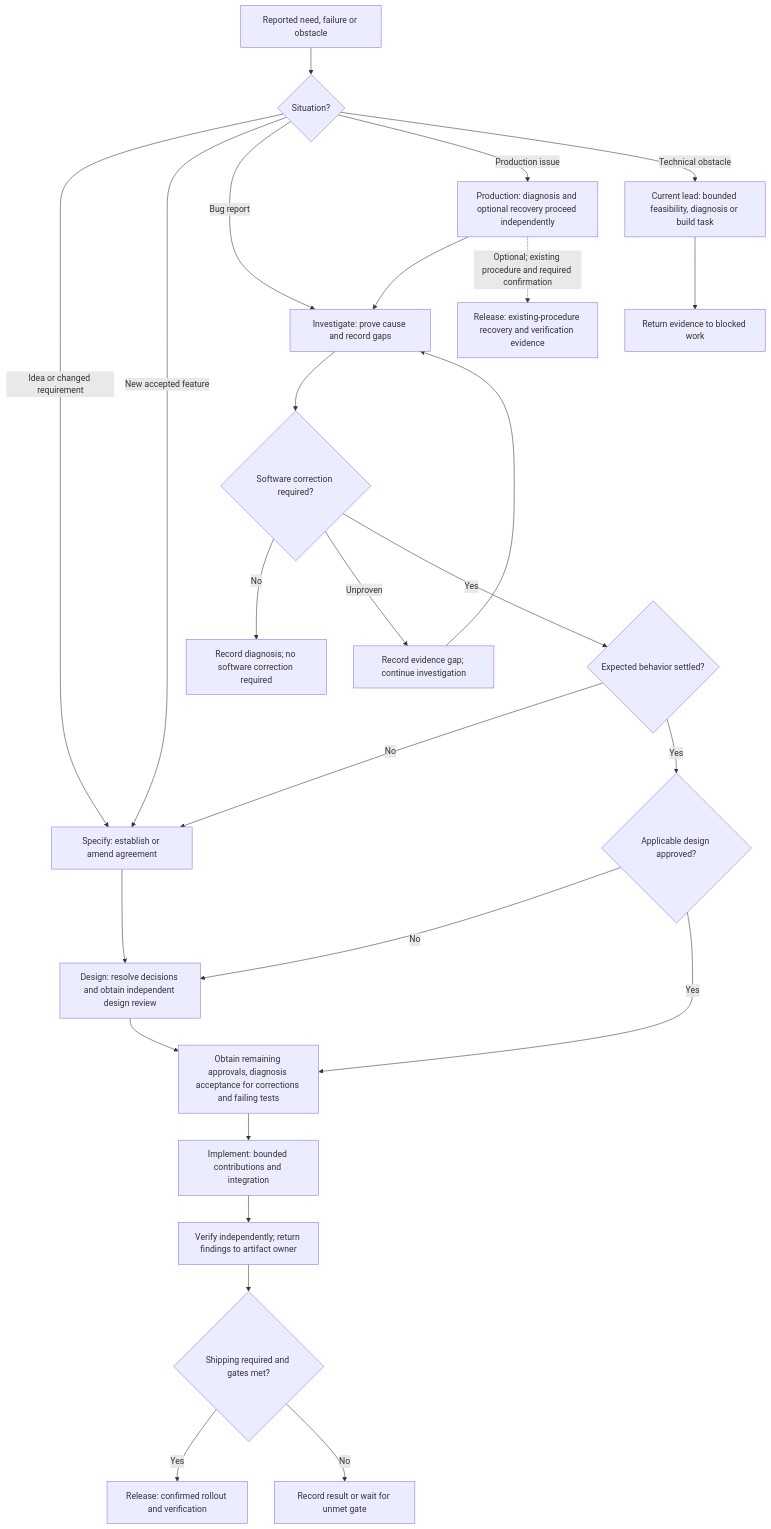
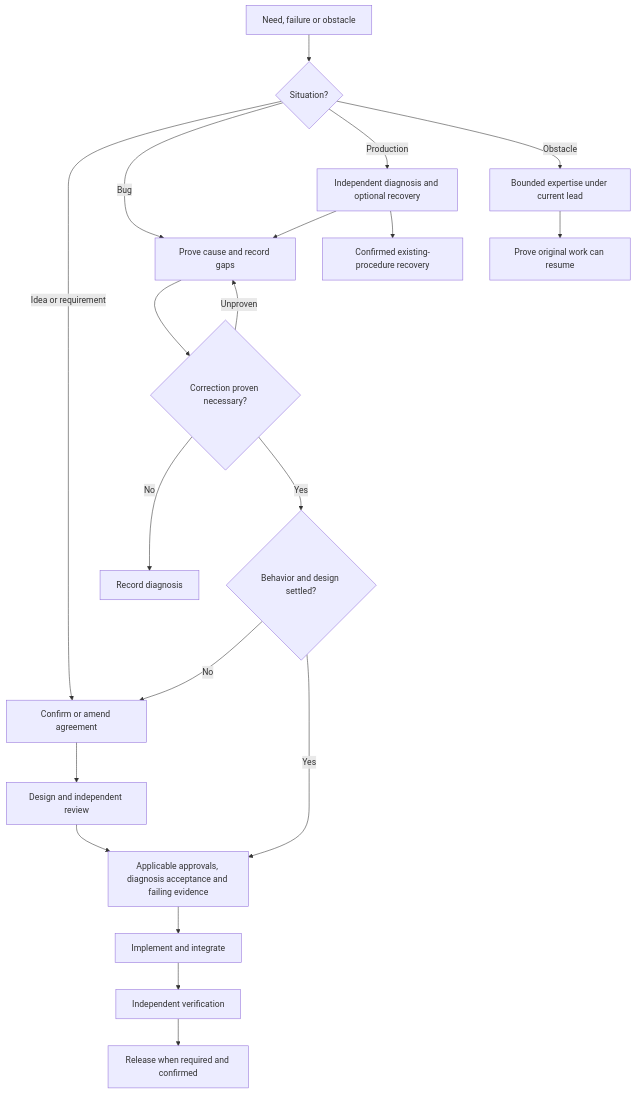
Before and after one commit to RLittlesII/agents: the second of 3 diagrams in agents/.spec/README.md, drawn with Mermaid. The commit also changed other lines of this file and 34 other files, not shown here.

````diff
--- a/agents/.spec/README.md
+++ b/agents/.spec/README.md
@@ -489,28 +365,22 @@
 ```mermaid
 flowchart TD
-    Start["Reported need, failure or obstacle"] --> Kind{"Situation?"}
-    Kind -->|"Idea or changed requirement"| Specify["Specify: establish or amend agreement"]
-    Kind -->|"New accepted feature"| Specify
-    Kind -->|"Bug report"| Investigate["Investigate: prove cause and record gaps"]
-    Kind -->|"Production issue"| Production["Production: diagnosis and optional recovery proceed independently"]
-    Production --> Investigate
-    Production -.->|"Optional; existing procedure and required confirmation"| Recovery["Release: existing-procedure recovery and verification evidence"]
-    Kind -->|"Technical obstacle"| Obstacle["Current lead: bounded feasibility, diagnosis or build task"]
-    Specify --> Design["Design: resolve decisions and obtain independent design review"]
-    Obstacle --> Resume["Return evidence to blocked work"]
-    Investigate --> Need{"Software correction required?"}
-    Need -->|"No"| NoCorrection["Record diagnosis; no software correction required"]
-    Need -->|"Unproven"| Gap["Record evidence gap; continue investigation"]
-    Gap --> Investigate
-    Need -->|"Yes"| Agreement{"Expected behavior settled?"}
-    Agreement -->|"No"| Specify
-    Agreement -->|"Yes"| Approval{"Applicable design approved?"}
-    Approval -->|"No"| Design
-    Approval -->|"Yes"| Prerequisites["Obtain remaining approvals, diagnosis acceptance for corrections and failing tests"]
-    Design --> Prerequisites
-    Prerequisites --> Implement["Implement: bounded contributions and integration"]
-    Implement --> Verify["Verify independently; return findings to artifact owner"]
-    Verify --> Ship{"Shipping required and gates met?"}
-    Ship -->|"Yes"| Release["Release: confirmed rollout and verification"]
-    Ship -->|"No"| Hold["Record result or wait for unmet gate"]
+  Ask[Need, failure or obstacle] --> Kind{Situation?}
+  Kind -->|Idea or requirement| Agreement[Confirm or amend agreement]
+  Kind -->|Bug| Investigate[Prove cause and record gaps]
+  Kind -->|Production| Production[Independent diagnosis and optional recovery]
+  Production --> Investigate
+  Production --> Recovery[Confirmed existing-procedure recovery]
+  Kind -->|Obstacle| Bound[Bounded expertise under current lead]
+  Bound --> Resume[Prove original work can resume]
+  Investigate --> Cause{Correction proven necessary?}
+  Cause -->|No| Record[Record diagnosis]
+  Cause -->|Unproven| Investigate
+  Cause -->|Yes| Settled{Behavior and design settled?}
+  Settled -->|No| Agreement
+  Settled -->|Yes| Gates[Applicable approvals, diagnosis acceptance and failing evidence]
+  Agreement --> Design[Design and independent review]
+  Design --> Gates
+  Gates --> Implement[Implement and integrate]
+  Implement --> Verify[Independent verification]
+  Verify --> Release[Release when required and confirmed]
 ```
````
